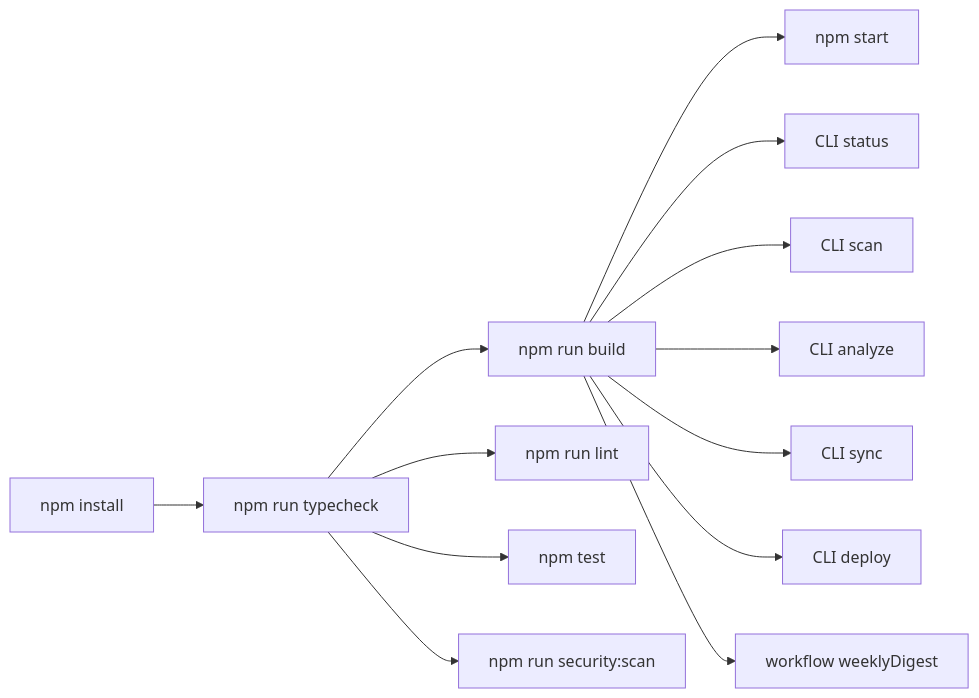
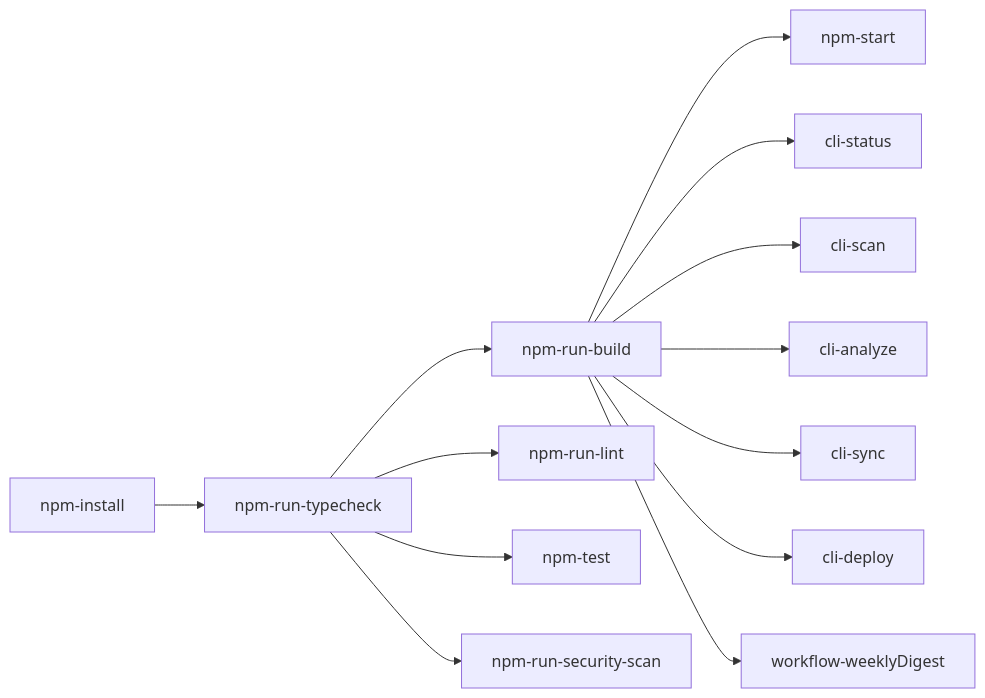
Before and after one commit to pandol69kim-bot/gitautopipe: the eighth of 8 diagrams in 프로그램 흐름도.md, drawn with Mermaid. The commit also changed other lines of this file and 1 other file, not shown here.

Commit message:
feat: Update project diagrams to improve Mermaid compatibility and clarity

````diff
--- a/프로그램 흐름도.md
+++ b/프로그램 흐름도.md
@@ -190,15 +230,28 @@
 ```mermaid
-flowchart LR
-  Install["npm install"] --> Typecheck["npm run typecheck"]
-  Typecheck --> Build["npm run build"]
-  Build --> Start["npm start"]
-  Build --> CLIStatus["CLI status"]
-  Build --> CLIScan["CLI scan"]
-  Build --> CLIAnalyze["CLI analyze"]
-  Build --> CLISync["CLI sync"]
-  Build --> CLIDeploy["CLI deploy"]
-  Build --> Weekly["workflow weeklyDigest"]
-  Typecheck --> Lint["npm run lint"]
-  Typecheck --> Test["npm test"]
-  Typecheck --> SecretScan["npm run security:scan"]
+graph LR
+Install[npm-install]
+Typecheck[npm-run-typecheck]
+Build[npm-run-build]
+Start[npm-start]
+CLIStatus[cli-status]
+CLIScan[cli-scan]
+CLIAnalyze[cli-analyze]
+CLISync[cli-sync]
+CLIDeploy[cli-deploy]
+Weekly[workflow-weeklyDigest]
+Lint[npm-run-lint]
+Test[npm-test]
+SecretScan[npm-run-security-scan]
+Install --> Typecheck
+Typecheck --> Build
+Build --> Start
+Build --> CLIStatus
+Build --> CLIScan
+Build --> CLIAnalyze
+Build --> CLISync
+Build --> CLIDeploy
+Build --> Weekly
+Typecheck --> Lint
+Typecheck --> Test
+Typecheck --> SecretScan
 ```
````
